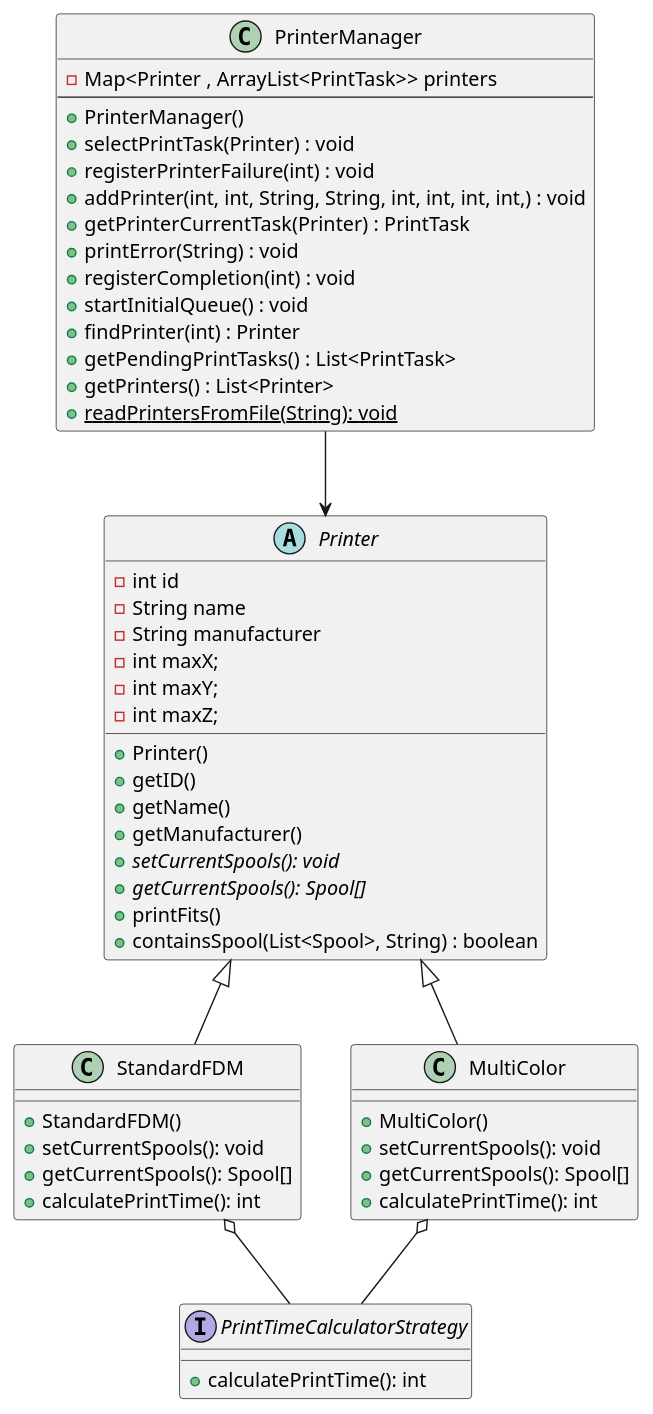
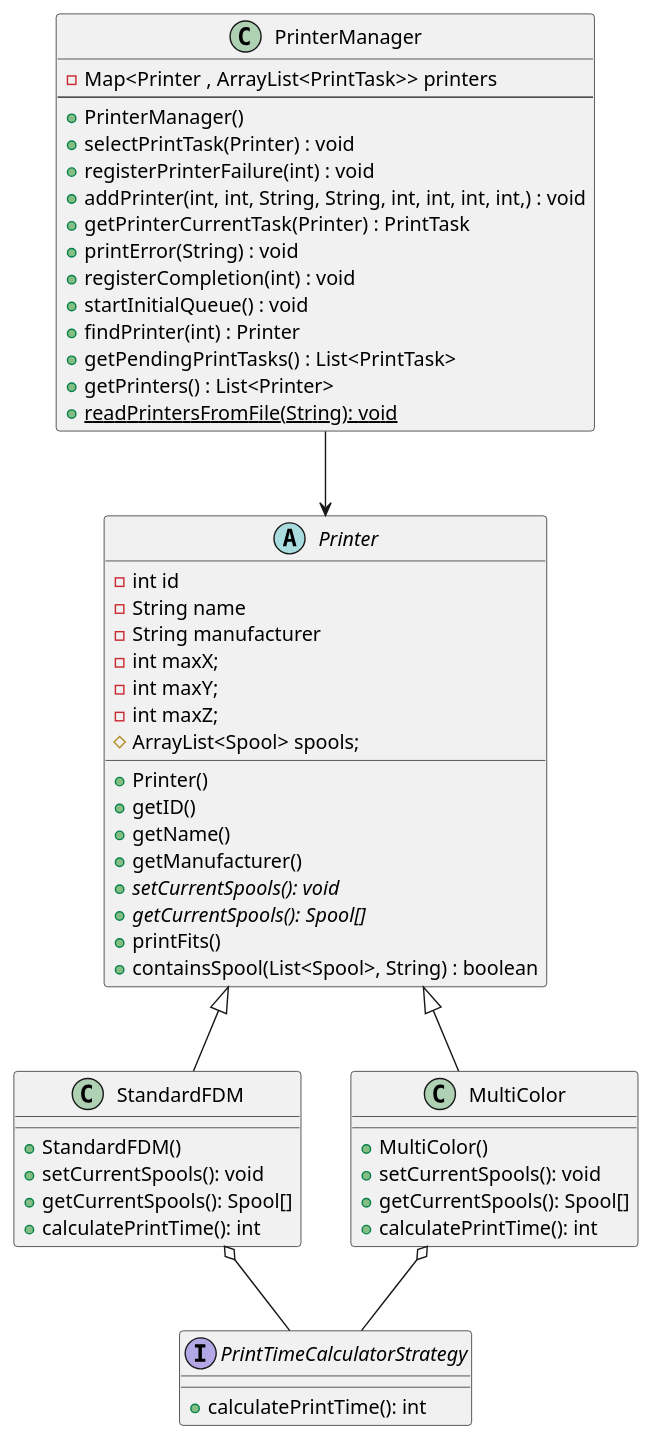
One commit to rtavares14/System-Design changed the diagram in docs/Diagrams/refractored diagrams/PrinterManger and its associations.puml. Above: the diagram before and after it, drawn with PlantUML.

Commit message:
updated class diagrammmmmmnmmmm

```diff
--- a/docs/Diagrams/refractored diagrams/PrinterManger and its associations.puml
+++ b/docs/Diagrams/refractored diagrams/PrinterManger and its associations.puml
@@ -1,57 +1,58 @@
 @startuml
 class PrinterManager{
     - Map<Printer , ArrayList<PrintTask>> printers
 --
     + PrinterManager()
     + selectPrintTask(Printer) : void
     + registerPrinterFailure(int) : void
     + addPrinter(int, int, String, String, int, int, int, int,) : void
     + getPrinterCurrentTask(Printer) : PrintTask
     + printError(String) : void
     + registerCompletion(int) : void
   + startInitialQueue() : void
   + findPrinter(int) : Printer
   + getPendingPrintTasks() : List<PrintTask>
   + getPrinters() : List<Printer>
   + {static}readPrintersFromFile(String): void
 }
 abstract class Printer{
 - int id
 - String name
 - String manufacturer
 - int maxX;
 - int maxY;
 - int maxZ;
+# ArrayList<Spool> spools;
 + Printer()
 + getID()
 + getName()
 + getManufacturer()
 + {abstract} setCurrentSpools(): void
 + {abstract} getCurrentSpools(): Spool[]
 + printFits()
 + containsSpool(List<Spool>, String) : boolean
 }
 class StandardFDM{
 + StandardFDM()
 + setCurrentSpools(): void
 + getCurrentSpools(): Spool[]
 + calculatePrintTime(): int
 }
 class MultiColor{
 + MultiColor()
 + setCurrentSpools(): void
 + getCurrentSpools(): Spool[]
 + calculatePrintTime(): int
 }
 
 interface PrintTimeCalculatorStrategy{
  + calculatePrintTime(): int
 }
 
 PrinterManager --> Printer
 Printer <|-- StandardFDM
 Printer <|-- MultiColor
 StandardFDM o-- PrintTimeCalculatorStrategy
 MultiColor o-- PrintTimeCalculatorStrategy
 
 @enduml
```
